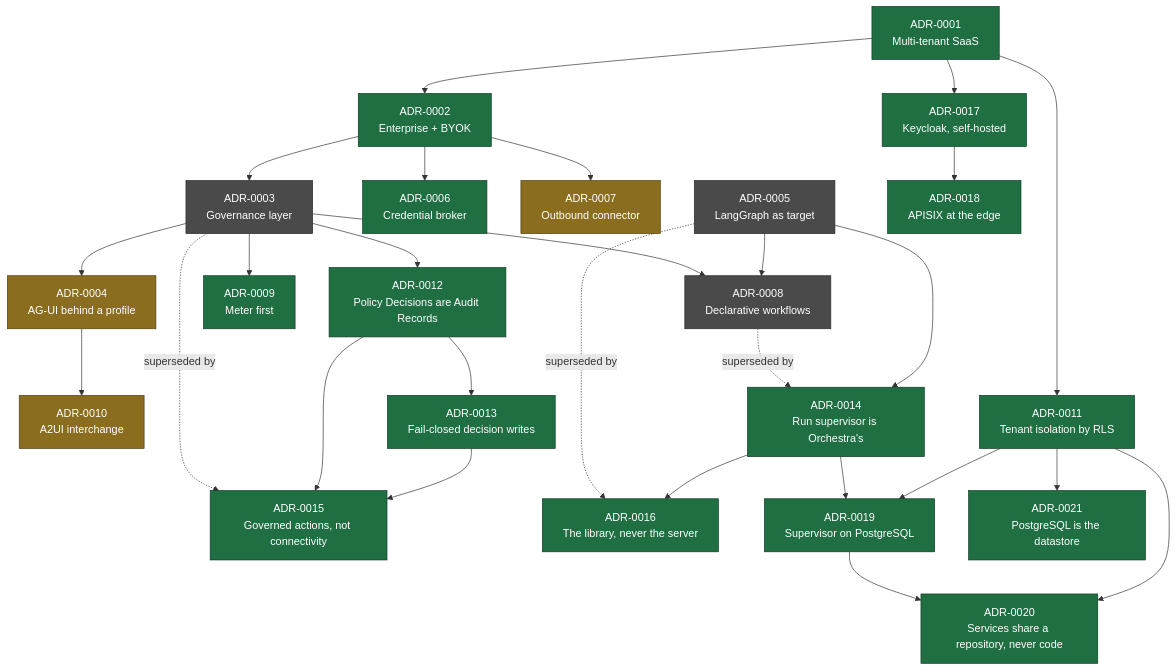
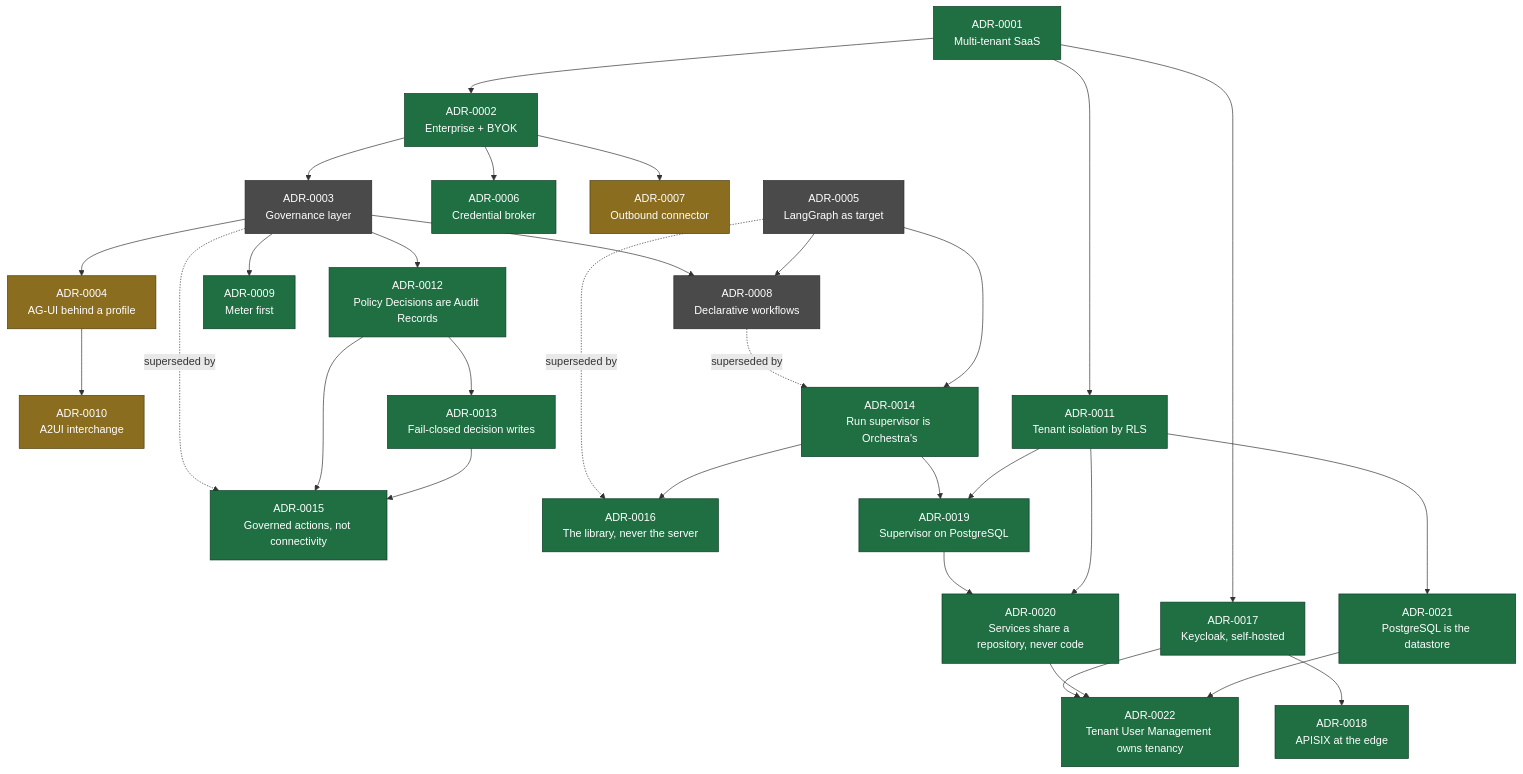
Before and after one commit to ayesigapaul/orchestra: the diagram in docs/adr/README.md, drawn with Mermaid. The commit also changed other lines of this file and 19 other files, not shown here.

First line of the commit message:
adr(adr): Give tenancy its own service, with one Person per Tenant (#31)

````diff
--- a/docs/adr/README.md
+++ b/docs/adr/README.md
@@ -54,36 +55,39 @@
 ```mermaid
 flowchart TD
   A1["ADR-0001<br/>Multi-tenant SaaS"] --> A2["ADR-0002<br/>Enterprise + BYOK"]
   A2 --> A3["ADR-0003<br/>Governance layer"]
   A2 --> A6["ADR-0006<br/>Credential broker"]
   A2 --> A7["ADR-0007<br/>Outbound connector"]
   A3 --> A4["ADR-0004<br/>AG-UI behind a profile"]
   A3 --> A8["ADR-0008<br/>Declarative workflows"]
   A3 --> A9["ADR-0009<br/>Meter first"]
   A5["ADR-0005<br/>LangGraph as target"] --> A8
   A4 --> A10["ADR-0010<br/>A2UI interchange"]
   A1 --> A11["ADR-0011<br/>Tenant isolation by RLS"]
   A3 --> A12["ADR-0012<br/>Policy Decisions are Audit Records"]
   A12 --> A13["ADR-0013<br/>Fail-closed decision writes"]
   A8 -.->|superseded by| A14["ADR-0014<br/>Run supervisor is Orchestra's"]
   A5 --> A14
   A3 -.->|superseded by| A15["ADR-0015<br/>Governed actions, not connectivity"]
   A12 --> A15
   A13 --> A15
   A5 -.->|superseded by| A16["ADR-0016<br/>The library, never the server"]
   A14 --> A16
   A1 --> A17["ADR-0017<br/>Keycloak, self-hosted"]
   A17 --> A18["ADR-0018<br/>APISIX at the edge"]
   A14 --> A19["ADR-0019<br/>Supervisor on PostgreSQL"]
   A11 --> A19
   A19 --> A20["ADR-0020<br/>Services share a repository, never code"]
   A11 --> A20
   A11 --> A21["ADR-0021<br/>PostgreSQL is the datastore"]
+  A17 --> A22["ADR-0022<br/>Tenant User Management owns tenancy"]
+  A20 --> A22
+  A21 --> A22
 
   classDef accepted fill:#1f6f43,stroke:#0d3b24,color:#fff;
   classDef proposed fill:#8a6d1f,stroke:#4d3c10,color:#fff;
   classDef superseded fill:#4a4a4a,stroke:#2a2a2a,color:#fff;
-  class A1,A2,A6,A9,A11,A12,A13,A14,A15,A16,A17,A18,A19,A20,A21 accepted;
+  class A1,A2,A6,A9,A11,A12,A13,A14,A15,A16,A17,A18,A19,A20,A21,A22 accepted;
   class A4,A7,A10 proposed;
   class A3,A5,A8 superseded;
 ```
````
